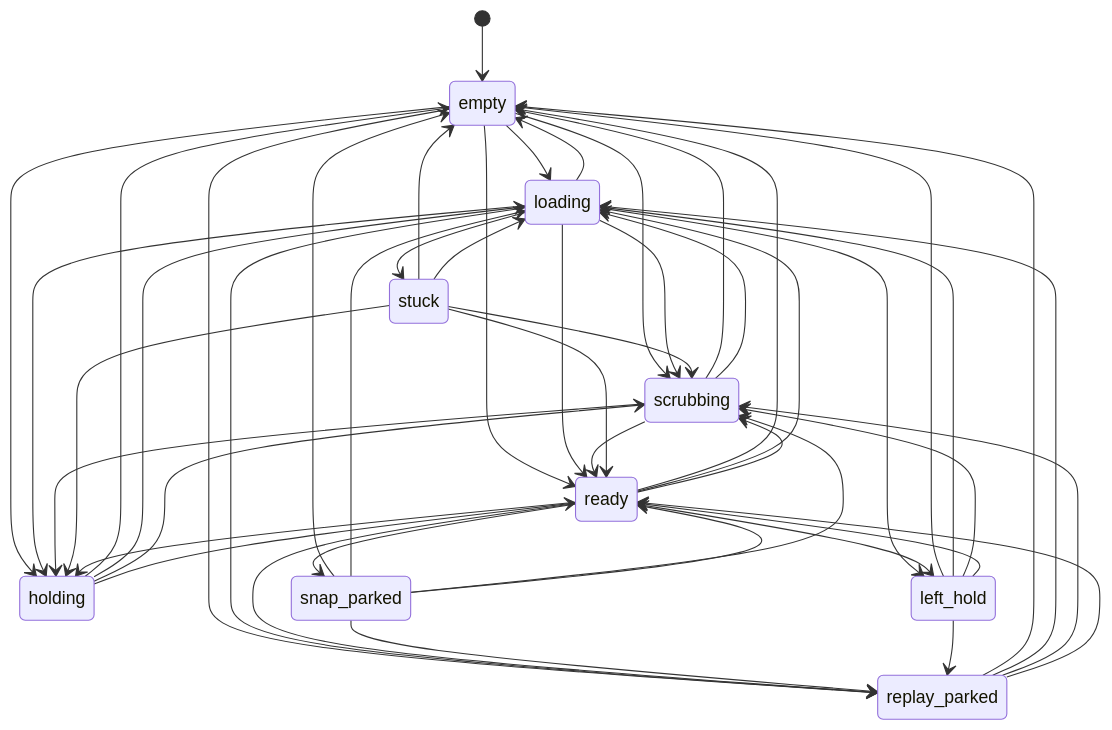
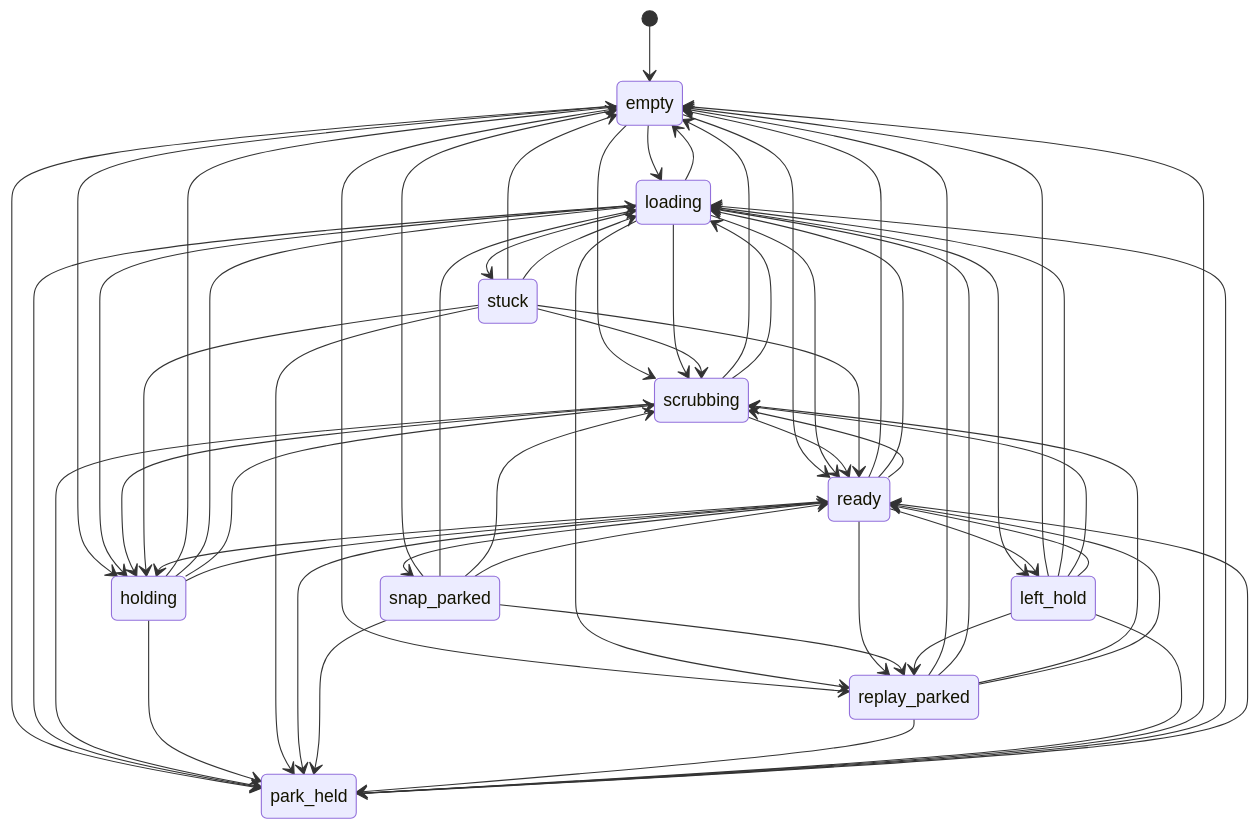
Diagram 12 of 53 in docs/state-machines.md (BouncySlime1215/redzone-everything), drawn with Mermaid before and after one commit. The commit also changed other lines of this file and 2 other files, not shown here.

First line of the commit message:
PARK-HANDS: the park block's measured step numbers and the control.park machine (all off)

````diff
--- a/docs/state-machines.md
+++ b/docs/state-machines.md
@@ -399,50 +450,62 @@
 ```mermaid
 stateDiagram-v2
     [*] --> empty
     empty --> loading
     empty --> scrubbing
     empty --> ready
     empty --> replay_parked
     empty --> holding
+    empty --> park_held
     loading --> empty
     loading --> scrubbing
     loading --> holding
     loading --> stuck
     loading --> ready
     loading --> replay_parked
     loading --> left_hold
+    loading --> park_held
     scrubbing --> empty
     scrubbing --> loading
     scrubbing --> ready
     scrubbing --> holding
+    scrubbing --> park_held
     holding --> empty
     holding --> loading
     holding --> scrubbing
     holding --> ready
+    holding --> park_held
     stuck --> empty
     stuck --> loading
     stuck --> scrubbing
     stuck --> holding
     stuck --> ready
+    stuck --> park_held
     ready --> empty
     ready --> loading
     ready --> scrubbing
     ready --> holding
     ready --> snap_parked
     ready --> replay_parked
     ready --> left_hold
+    ready --> park_held
     snap_parked --> empty
     snap_parked --> loading
     snap_parked --> scrubbing
     snap_parked --> ready
     snap_parked --> replay_parked
+    snap_parked --> park_held
     replay_parked --> empty
     replay_parked --> loading
     replay_parked --> scrubbing
     replay_parked --> ready
+    replay_parked --> park_held
     left_hold --> empty
     left_hold --> loading
     left_hold --> scrubbing
     left_hold --> ready
     left_hold --> replay_parked
+    left_hold --> park_held
+    park_held --> empty
+    park_held --> loading
+    park_held --> ready
 ```
````
